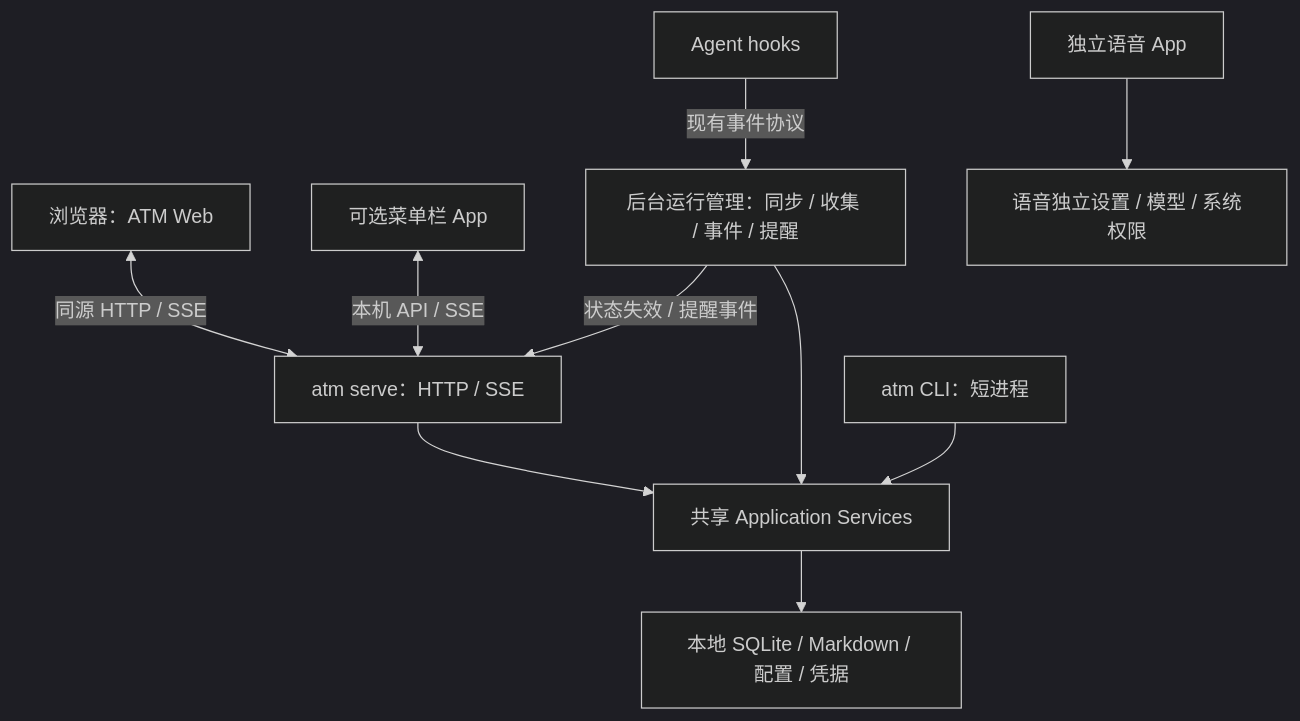
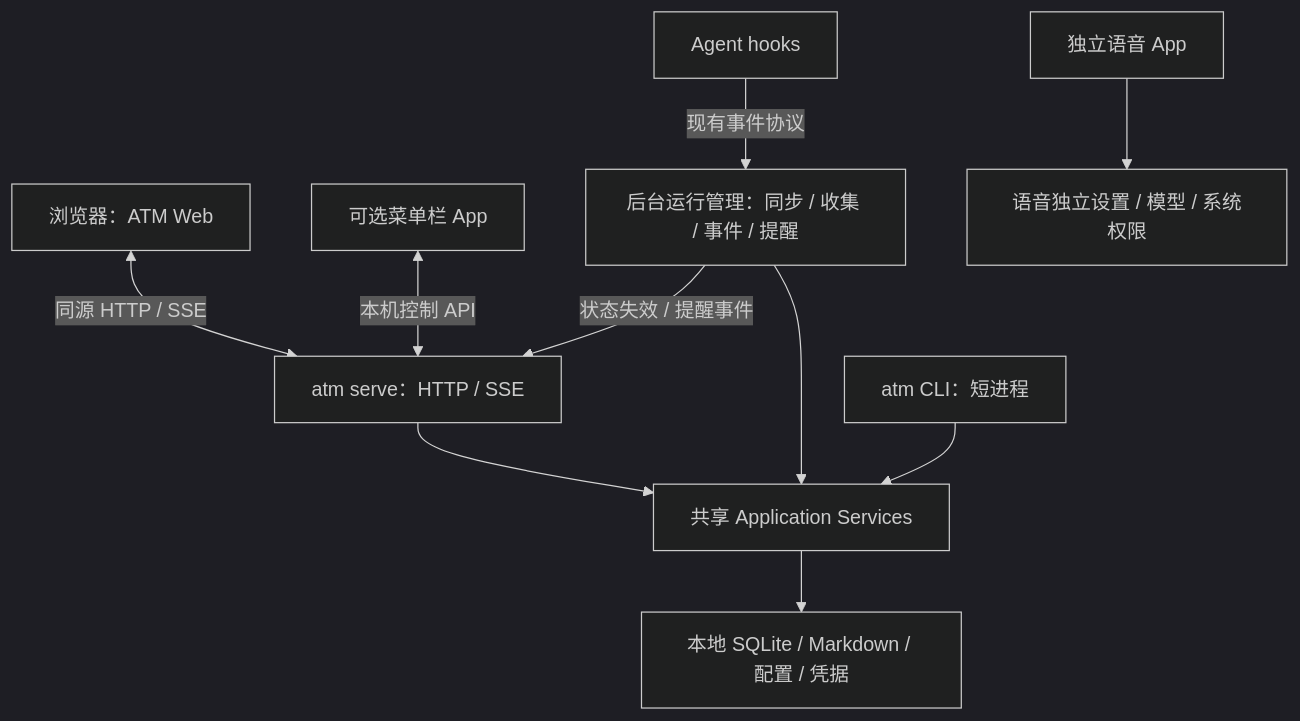
Before and after one commit to zane-byte-dev/atm: the diagram in docs/design/local-web-runtime.md, drawn with Mermaid (dark theme). The commit also changed other lines of this file and 227 other files, not shown here.

````diff
--- a/docs/design/local-web-runtime.md
+++ b/docs/design/local-web-runtime.md
@@ -57,22 +68,22 @@
 ```mermaid
 flowchart TB
     Browser[浏览器：ATM Web]
     Menu[可选菜单栏 App]
     CLI[atm CLI：短进程]
     Voice[独立语音 App]
     HTTP[atm serve：HTTP / SSE]
     Runtime[后台运行管理：同步 / 收集 / 事件 / 提醒]
     Services[共享 Application Services]
     Data[本地 SQLite / Markdown / 配置 / 凭据]
     Hooks[Agent hooks]
 
     Browser <-->|同源 HTTP / SSE| HTTP
-    Menu <-->|本机 API / SSE| HTTP
+    Menu <-->|本机控制 API| HTTP
     HTTP --> Services
     Runtime --> Services
     CLI --> Services
     Services --> Data
     Hooks -->|现有事件协议| Runtime
     Runtime -->|状态失效 / 提醒事件| HTTP
     Voice --> VoiceData[语音独立设置 / 模型 / 系统权限]
 ```
````
